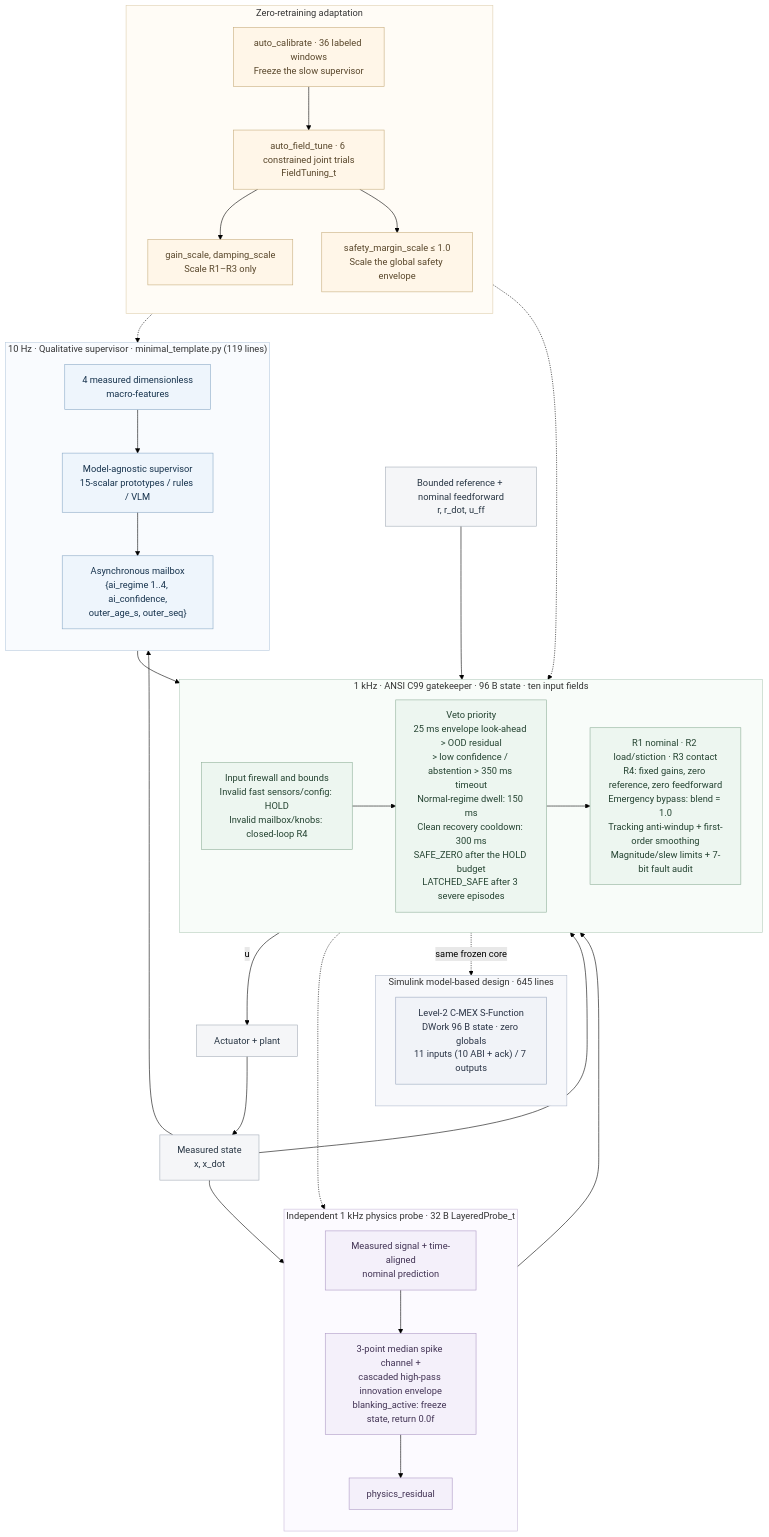
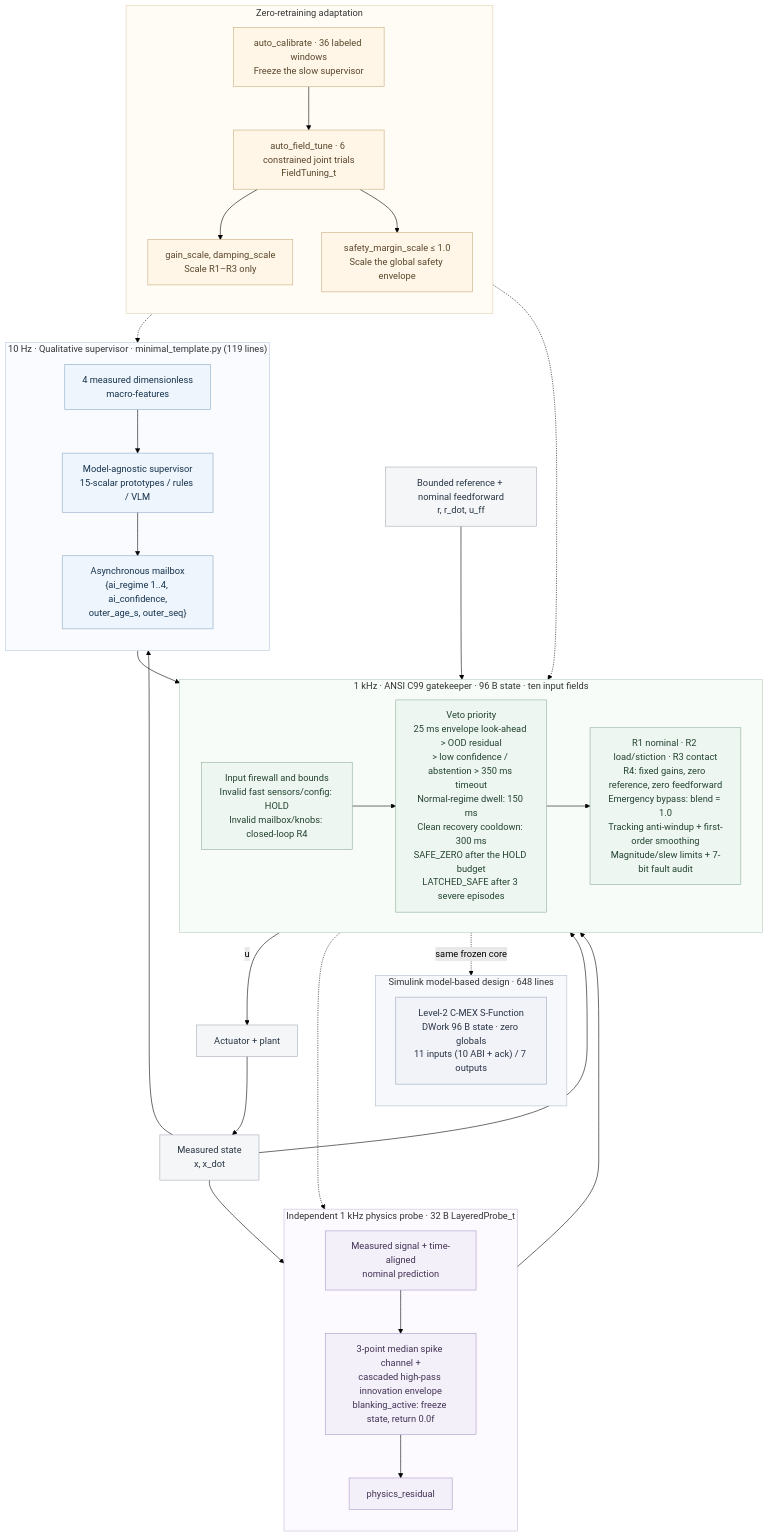
Before and after one commit to lijiawei255/ai-layered-control: the diagram in README.md, drawn with Mermaid (forest theme). The commit also changed other lines of this file and 11 other files, not shown here.

````diff
--- a/README.md
+++ b/README.md
@@ -54,70 +54,70 @@
 ```mermaid
 flowchart TB
     subgraph slow["10 Hz · Qualitative supervisor · minimal_template.py (119 lines)"]
         direction TB
         features["4 measured dimensionless<br/>macro-features"]
         supervisor["Model-agnostic supervisor<br/>15-scalar prototypes / rules / VLM"]
         mailbox["Asynchronous mailbox<br/>{ai_regime 1..4, ai_confidence,<br/>outer_age_s, outer_seq}"]
         features --> supervisor --> mailbox
     end
     subgraph probe["Independent 1 kHz physics probe · 32 B LayeredProbe_t"]
         direction TB
         innovation["Measured signal + time-aligned<br/>nominal prediction"]
         channels["3-point median spike channel +<br/>cascaded high-pass innovation envelope<br/>blanking_active: freeze state, return 0.0f"]
         residual["physics_residual"]
         innovation --> channels --> residual
     end
     subgraph fast["1 kHz · ANSI C99 gatekeeper · 96 B state · ten input fields"]
         direction LR
         firewall["Input firewall and bounds<br/>Invalid fast sensors/config: HOLD<br/>Invalid mailbox/knobs: closed-loop R4"]
         gates["Veto priority<br/>25 ms envelope look-ahead > OOD residual<br/>> low confidence / abstention > 350 ms timeout<br/>Normal-regime dwell: 150 ms<br/>Clean recovery cooldown: 300 ms<br/>SAFE_ZERO after the HOLD budget<br/>LATCHED_SAFE after 3 severe episodes"]
         bank["R1 nominal · R2 load/stiction · R3 contact<br/>R4: fixed gains, zero reference, zero feedforward<br/>Emergency bypass: blend = 1.0<br/>Tracking anti-windup + first-order smoothing<br/>Magnitude/slew limits + 7-bit fault audit"]
         firewall --> gates --> bank
     end
-    subgraph mbd["Simulink model-based design · 645 lines"]
+    subgraph mbd["Simulink model-based design · 648 lines"]
         direction TB
         sfun["Level-2 C-MEX S-Function<br/>DWork 96 B state · zero globals<br/>11 inputs (10 ABI + ack) / 7 outputs"]
     end
     subgraph adapt["Zero-retraining adaptation"]
         direction TB
         calibrate["auto_calibrate · 36 labeled windows<br/>Freeze the slow supervisor"]
         tune["auto_field_tune · 6 constrained joint trials<br/>FieldTuning_t"]
         gains["gain_scale, damping_scale<br/>Scale R1–R3 only"]
         margin["safety_margin_scale ≤ 1.0<br/>Scale the global safety envelope"]
         calibrate --> tune
         tune --> gains
         tune --> margin
     end
     reference["Bounded reference + nominal feedforward<br/>r, r_dot, u_ff"]
     plant["Actuator + plant"]
     sensor["Measured state<br/>x, x_dot"]
     reference --> fast
     slow --> fast
     probe --> fast
     fast -->|"u"| plant
     plant --> sensor
     sensor --> fast
     sensor --> slow
     sensor --> probe
     fast -.-> probe
     fast -.->|"same frozen core"| sfun
     adapt -.-> slow
     adapt -.-> fast
     classDef slowNode fill:#eef5fc,stroke:#8baac7,color:#17334d;
     classDef probeNode fill:#f4f0fa,stroke:#ad98c5,color:#423354;
     classDef coreNode fill:#edf6f0,stroke:#8eaf99,color:#244331;
     classDef adaptNode fill:#fff6e8,stroke:#c7ad7d,color:#58462a;
     classDef ioNode fill:#f5f6f8,stroke:#a4acb7,color:#283644;
     classDef mbdNode fill:#f1f3f8,stroke:#9aa7bd,color:#2a3446;
     class features,supervisor,mailbox slowNode;
     class innovation,channels,residual probeNode;
     class firewall,gates,bank coreNode;
     class calibrate,tune,gains,margin adaptNode;
     class reference,plant,sensor ioNode;
     class sfun mbdNode;
     style slow fill:#f9fbfe,stroke:#b8cbde
     style probe fill:#fcfaff,stroke:#c9bbda
     style fast fill:#f8fcf9,stroke:#b6cdbd
     style mbd fill:#f7f8fb,stroke:#b3bccd
     style adapt fill:#fffcf6,stroke:#dfcfaf
 ```
````
